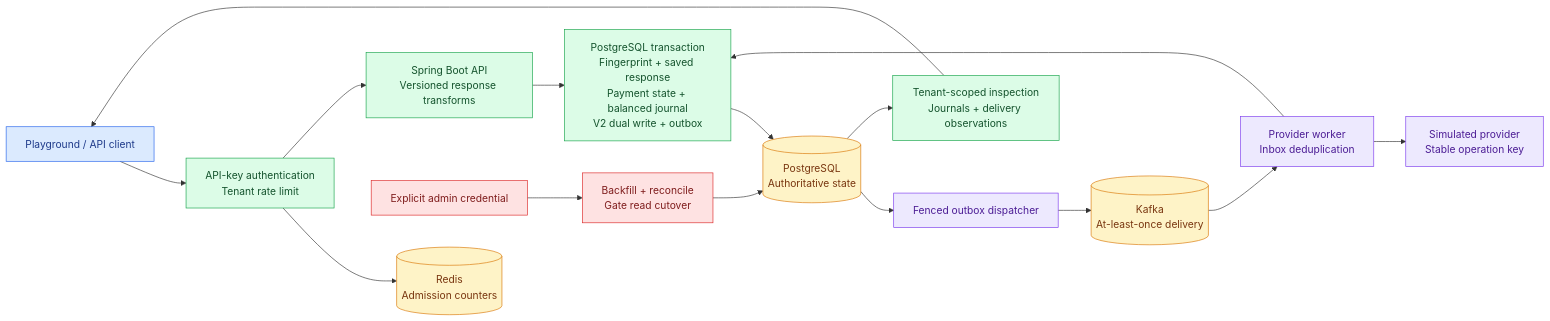
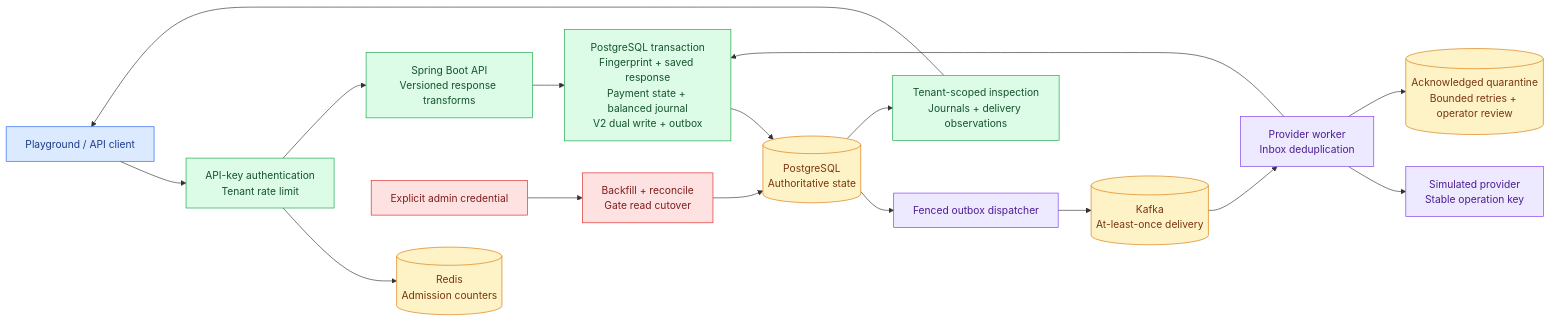
The diagram in README.md (rajeev-chaurasia/pay-rail), drawn with Mermaid before and after one commit. The commit also changed other lines of this file and 157 other files, not shown here.

````diff
--- a/README.md
+++ b/README.md
@@ -46,28 +47,29 @@
 ```mermaid
 flowchart LR
     UI["Playground / API client"] --> EDGE["API-key authentication<br/>Tenant rate limit"]
     EDGE --> REDIS[("Redis<br/>Admission counters")]
     EDGE --> API["Spring Boot API<br/>Versioned response transforms"]
     API --> TX["PostgreSQL transaction<br/>Fingerprint + saved response<br/>Payment state + balanced journal<br/>V2 dual write + outbox"]
     TX --> PG[("PostgreSQL<br/>Authoritative state")]
     PG --> OUT["Fenced outbox dispatcher"]
     OUT --> KAFKA[("Kafka<br/>At-least-once delivery")]
     KAFKA --> WORKER["Provider worker<br/>Inbox deduplication"]
     WORKER --> PROVIDER["Simulated provider<br/>Stable operation key"]
     WORKER --> TX
+    WORKER --> DLT[("Acknowledged quarantine<br/>Bounded retries + operator review")]
     PG --> INSPECT["Tenant-scoped inspection<br/>Journals + delivery observations"]
     INSPECT --> UI
     ADMIN["Explicit admin credential"] --> MIG["Backfill + reconcile<br/>Gate read cutover"]
     MIG --> PG
 
     classDef client fill:#dbeafe,stroke:#2563eb,color:#1e3a8a
     classDef api fill:#dcfce7,stroke:#16a34a,color:#14532d
     classDef store fill:#fef3c7,stroke:#d97706,color:#78350f
     classDef worker fill:#ede9fe,stroke:#7c3aed,color:#4c1d95
     classDef control fill:#fee2e2,stroke:#dc2626,color:#7f1d1d
     class UI client
     class EDGE,API,TX,INSPECT api
-    class PG,KAFKA,REDIS store
+    class PG,KAFKA,REDIS,DLT store
     class OUT,WORKER,PROVIDER worker
     class ADMIN,MIG control
 ```
````
